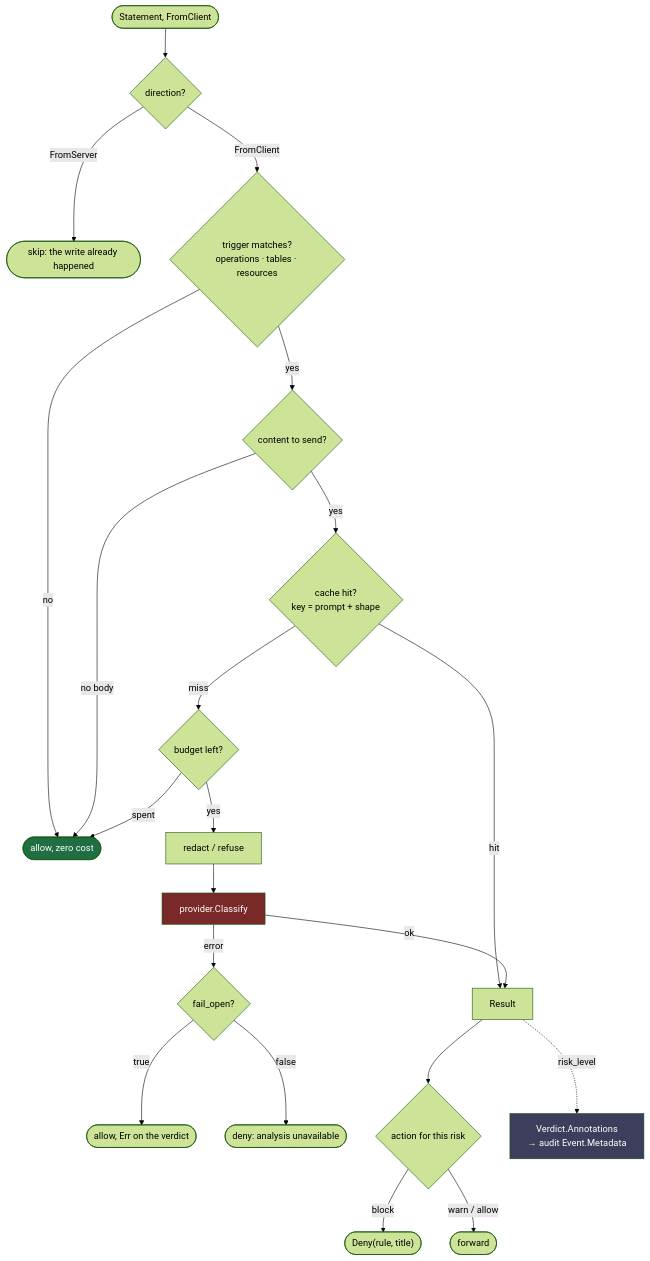
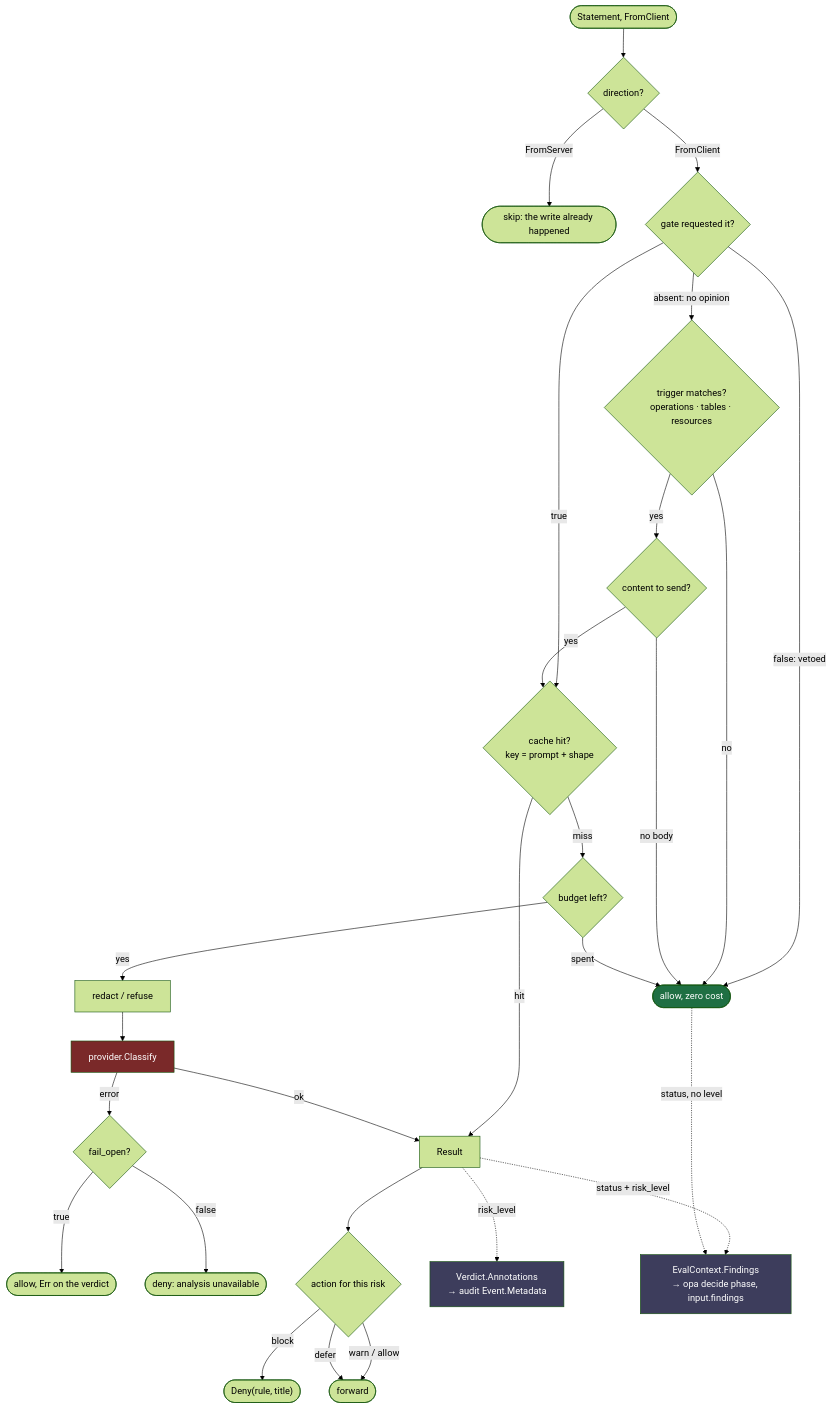
Before and after one commit to hoophq/hoop: the third of 5 diagrams in docs/adr/hoopinspect-flow.md, drawn with Mermaid (forest theme). The commit also changed other lines of this file and 2 other files, not shown here.

````diff
--- a/docs/adr/hoopinspect-flow.md
+++ b/docs/adr/hoopinspect-flow.md
@@ -524,27 +750,34 @@
 ```mermaid
 flowchart TB
     S(["Statement, FromClient"]) --> D{"direction?"}
     D -->|FromServer| SKIP(["skip: the write already happened"])
-    D -->|FromClient| T{"trigger matches?<br/>operations · tables · resources"}
+    D -->|FromClient| G{"gate requested it?"}
+    G -->|"false: vetoed"| FREE
+    G -->|"true"| C
+    G -->|"absent: no opinion"| T{"trigger matches?<br/>operations · tables · resources"}
     T -->|no| FREE(["allow, zero cost"])
     T -->|yes| B{"content to send?"}
     B -->|no body| FREE
     B -->|yes| C{"cache hit?<br/>key = prompt + shape"}
     C -->|hit| V["Result"]
     C -->|miss| BUD{"budget left?"}
     BUD -->|spent| FREE
     BUD -->|yes| R["redact / refuse"]
     R --> P["provider.Classify"]
     P -->|error| F{"fail_open?"}
     F -->|true| ERR(["allow, Err on the verdict"])
     F -->|false| DENYE(["deny: analysis unavailable"])
     P -->|ok| V
     V --> A{"action for this risk"}
     A -->|block| DENY(["Deny(rule, title)"])
     A -->|warn / allow| FWD(["forward"])
+    A -->|defer| FWD
     V -.->|"risk_level"| MD["Verdict.Annotations<br/>→ audit Event.Metadata"]
+    V -.->|"status + risk_level"| FIND["EvalContext.Findings<br/>→ opa decide phase, input.findings"]
+    FREE -.->|"status, no level"| FIND
 
     style P fill:#7a2929,color:#fff
     style FREE fill:#1f6f43,color:#fff
     style MD fill:#3d3d5c,color:#fff
+    style FIND fill:#3d3d5c,color:#fff
 ```
````
